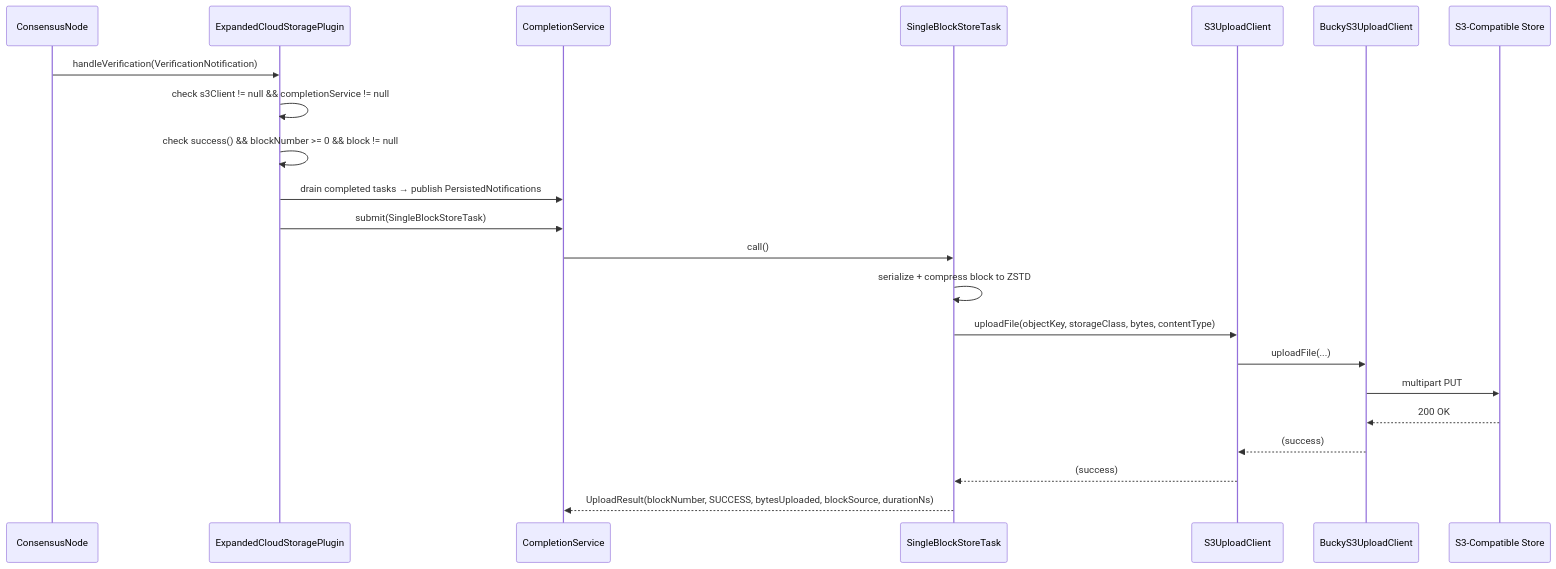
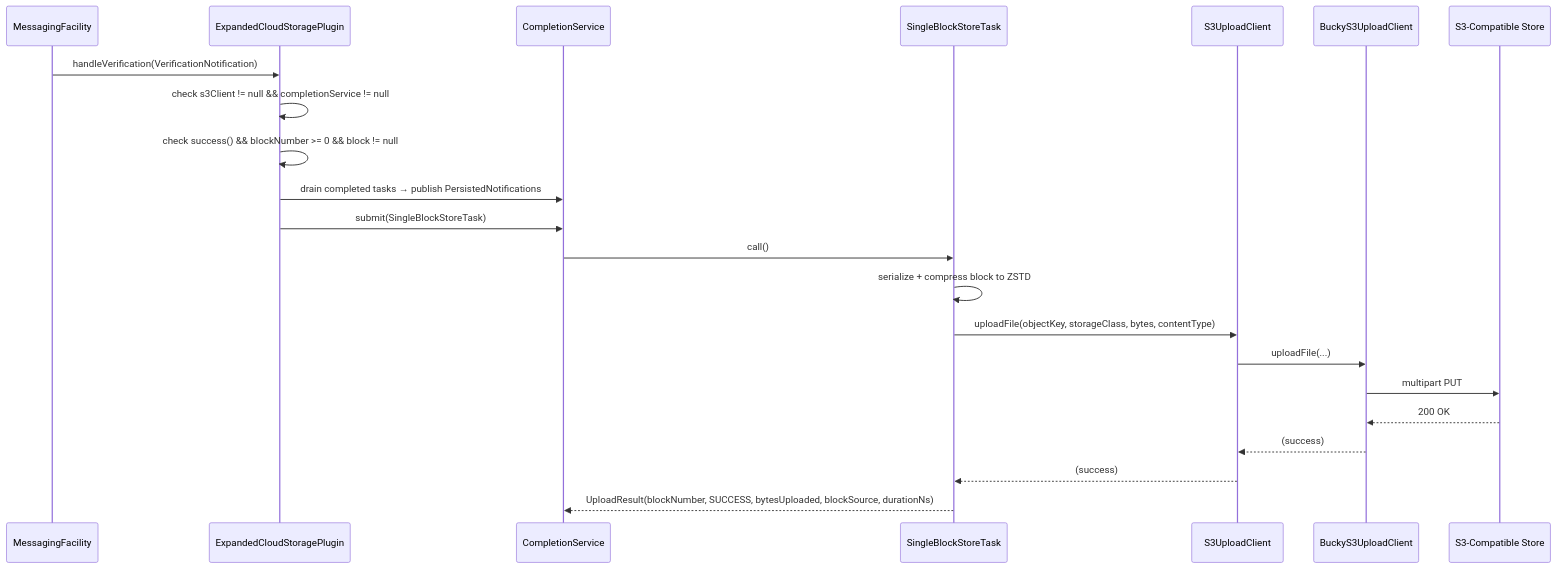
Before and after one commit to hiero-ledger/hiero-block-node: the first of 2 diagrams in docs/design/persistence/cloud-storage-expanded.md, drawn with Mermaid. The commit also changed other lines of this file and 1 other file, not shown here.

````diff
--- a/docs/design/persistence/cloud-storage-expanded.md
+++ b/docs/design/persistence/cloud-storage-expanded.md
@@ -259,25 +258,25 @@
 ```mermaid
 sequenceDiagram
-    participant CN as ConsensusNode
+    participant MF as MessagingFacility
     participant ECS as ExpandedCloudStoragePlugin
     participant CS as CompletionService
     participant Task as SingleBlockStoreTask
     participant S3 as S3UploadClient
     participant Bucky as BuckyS3UploadClient
     participant Store as S3-Compatible Store
 
-    CN->>ECS: handleVerification(VerificationNotification)
+    MF->>ECS: handleVerification(VerificationNotification)
     ECS->>ECS: check s3Client != null && completionService != null
     ECS->>ECS: check success() && blockNumber >= 0 && block != null
     ECS->>CS: drain completed tasks → publish PersistedNotifications
     ECS->>CS: submit(SingleBlockStoreTask)
     CS->>Task: call()
     Task->>Task: serialize + compress block to ZSTD
     Task->>S3: uploadFile(objectKey, storageClass, bytes, contentType)
     S3->>Bucky: uploadFile(...)
     Bucky->>Store: multipart PUT
     Store-->>Bucky: 200 OK
     Bucky-->>S3: (success)
     S3-->>Task: (success)
     Task-->>CS: UploadResult(blockNumber, SUCCESS, bytesUploaded, blockSource, durationNs)
 ```
````
